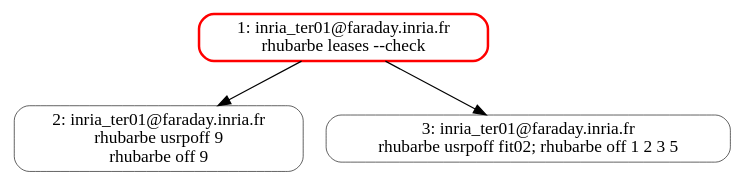
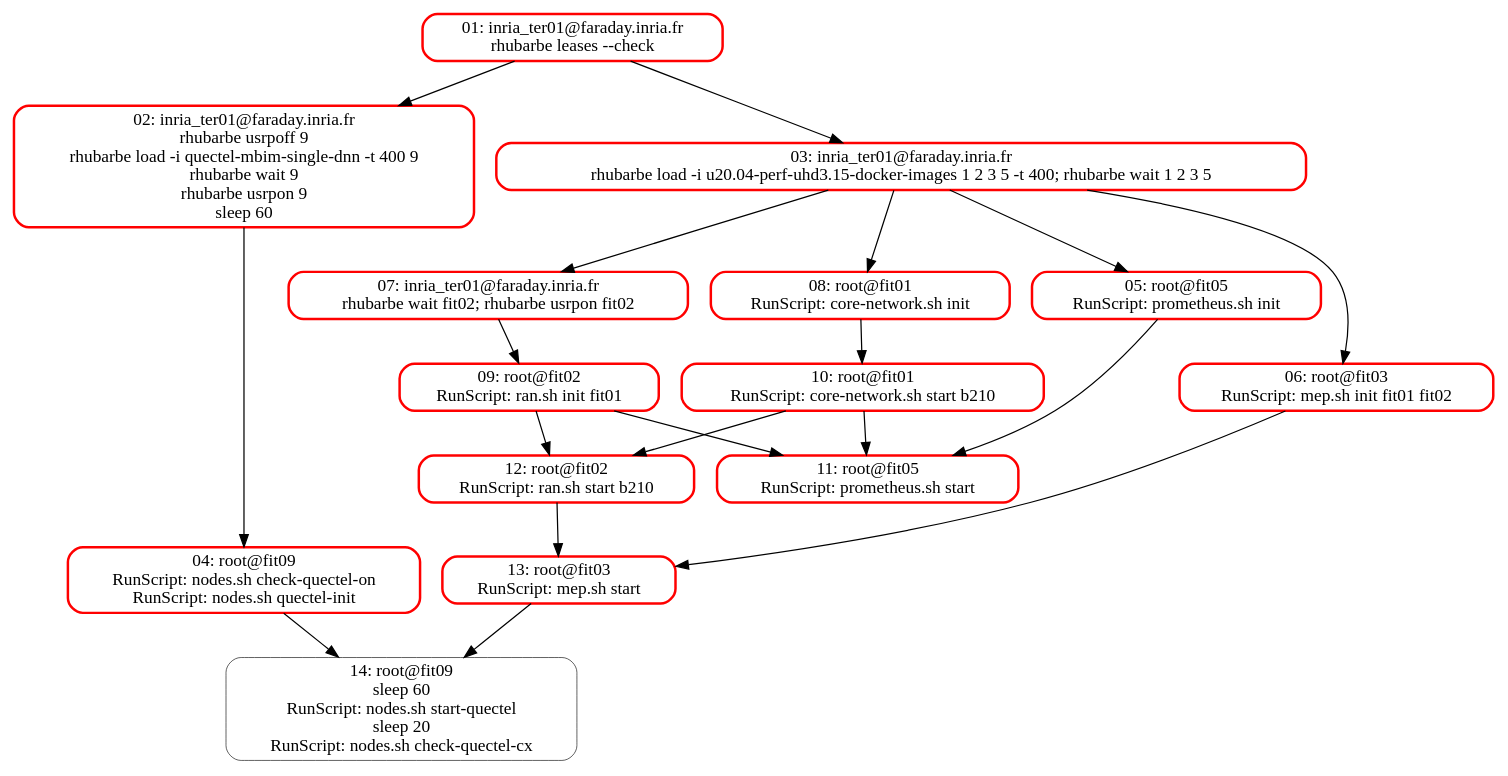
Before and after one commit to yassir63/oai5g-mep: the diagram in demo-mep-graph.dot, drawn with Graphviz. The commit also changed 5 other files, not shown here.

```diff
--- a/demo-mep-graph.dot
+++ b/demo-mep-graph.dot
@@ -1,13 +1,58 @@
 digraph asynciojobs{
 compound=true;
 graph [];
-1 [style="rounded",label="1: inria_ter01@faraday.inria.fr
+01 [style="rounded",label="01: inria_ter01@faraday.inria.fr
 rhubarbe leases --check",shape="box",color="red",penwidth="2"]
-2 [style="rounded",label="2: inria_ter01@faraday.inria.fr
+02 [style="rounded",label="02: inria_ter01@faraday.inria.fr
 rhubarbe usrpoff 9
-rhubarbe off 9",shape="box",penwidth="0.5"]
-1 -> 2;
-3 [style="rounded",label="3: inria_ter01@faraday.inria.fr
-rhubarbe usrpoff fit02; rhubarbe off 1 2 3 5",shape="box",penwidth="0.5"]
-1 -> 3;
+rhubarbe load -i quectel-mbim-single-dnn -t 400 9
+rhubarbe wait 9
+rhubarbe usrpon 9
+sleep 60",shape="box",color="red",penwidth="2"]
+01 -> 02;
+03 [style="rounded",label="03: inria_ter01@faraday.inria.fr
+rhubarbe load -i u20.04-perf-uhd3.15-docker-images 1 2 3 5 -t 400; rhubarbe wait 1 2 3 5",shape="box",color="red",penwidth="2"]
+01 -> 03;
+04 [style="rounded",label="04: root@fit09
+RunScript: nodes.sh check-quectel-on
+RunScript: nodes.sh quectel-init",shape="box",color="red",penwidth="2"]
+02 -> 04;
+05 [style="rounded",label="05: root@fit05
+RunScript: prometheus.sh init",shape="box",color="red",penwidth="2"]
+03 -> 05;
+06 [style="rounded",label="06: root@fit03
+RunScript: mep.sh init fit01 fit02",shape="box",color="red",penwidth="2"]
+03 -> 06;
+07 [style="rounded",label="07: inria_ter01@faraday.inria.fr
+rhubarbe wait fit02; rhubarbe usrpon fit02",shape="box",color="red",penwidth="2"]
+03 -> 07;
+08 [style="rounded",label="08: root@fit01
+RunScript: core-network.sh init",shape="box",color="red",penwidth="2"]
+03 -> 08;
+09 [style="rounded",label="09: root@fit02
+RunScript: ran.sh init fit01",shape="box",color="red",penwidth="2"]
+07 -> 09;
+10 [style="rounded",label="10: root@fit01
+RunScript: core-network.sh start b210",shape="box",color="red",penwidth="2"]
+08 -> 10;
+11 [style="rounded",label="11: root@fit05
+RunScript: prometheus.sh start",shape="box",color="red",penwidth="2"]
+10 -> 11;
+09 -> 11;
+05 -> 11;
+12 [style="rounded",label="12: root@fit02
+RunScript: ran.sh start b210",shape="box",color="red",penwidth="2"]
+10 -> 12;
+09 -> 12;
+13 [style="rounded",label="13: root@fit03
+RunScript: mep.sh start",shape="box",color="red",penwidth="2"]
+06 -> 13;
+12 -> 13;
+14 [style="rounded",label="14: root@fit09
+sleep 60
+RunScript: nodes.sh start-quectel
+sleep 20
+RunScript: nodes.sh check-quectel-cx",shape="box",penwidth="0.5"]
+04 -> 14;
+13 -> 14;
 }
```
